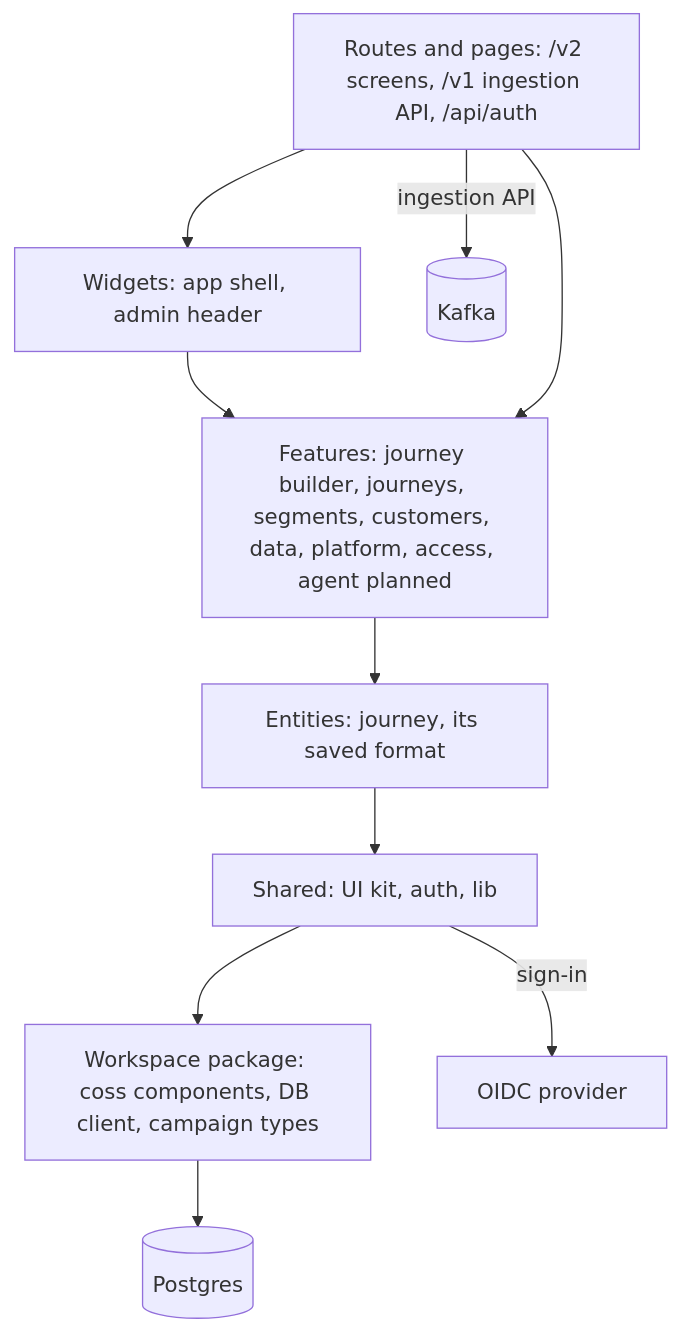
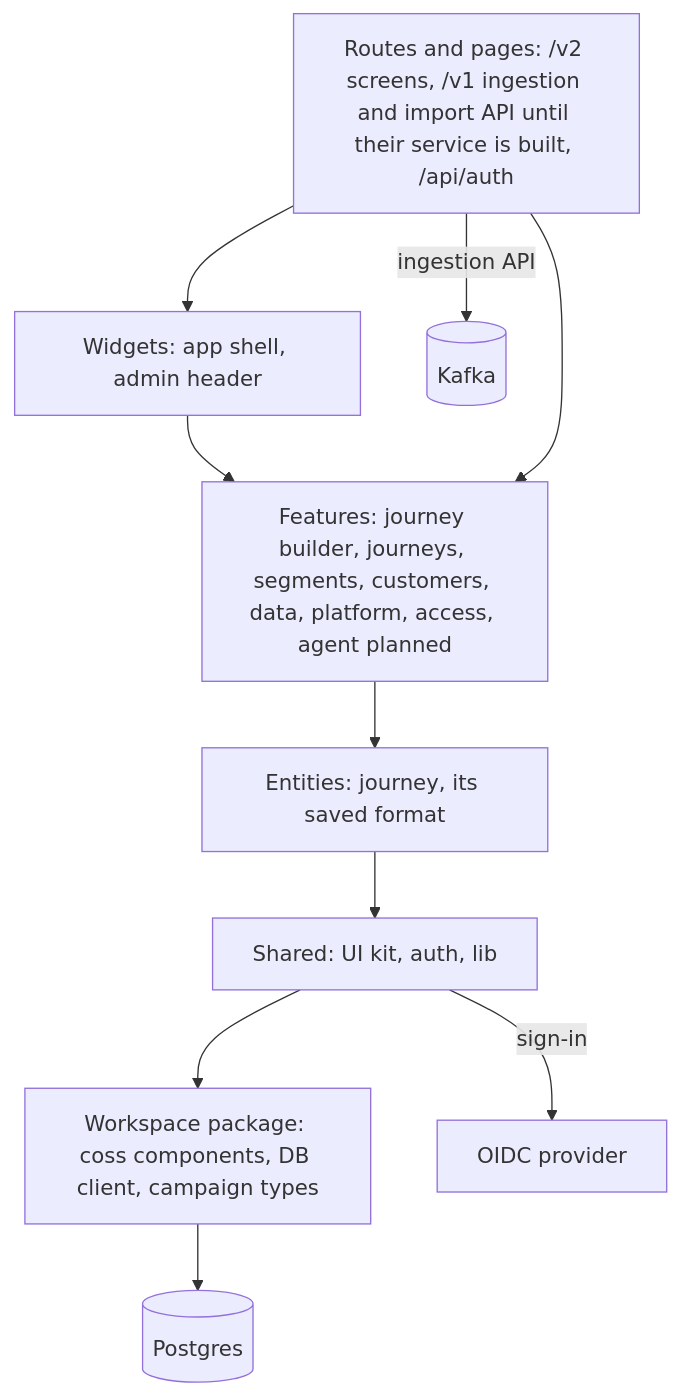
Before and after one commit to 18120158binh/salarose: the sixth of 7 diagrams in docs/internal/architecture/overview.md, drawn with Mermaid. The commit also changed other lines of this file and 46 other files, not shown here.

````diff
--- a/docs/internal/architecture/overview.md
+++ b/docs/internal/architecture/overview.md
@@ -230,17 +233,17 @@
 ```mermaid
 flowchart TB
-	routes[Routes and pages: /v2 screens, /v1 ingestion API, /api/auth]
+	routes[Routes and pages: /v2 screens, /v1 ingestion and import API until their service is built, /api/auth]
 	widgets[Widgets: app shell, admin header]
 	features[Features: journey builder, journeys, segments, customers, data, platform, access, agent planned]
 	entities[Entities: journey, its saved format]
 	sharedui[Shared: UI kit, auth, lib]
 	pkg[Workspace package: coss components, DB client, campaign types]
 	pg[(Postgres)]
 	kafka[(Kafka)]
 	idp[OIDC provider]
 	routes --> widgets --> features --> entities --> sharedui --> pkg
 	routes --> features
 	pkg --> pg
 	routes -->|ingestion API| kafka
 	sharedui -->|sign-in| idp
 ```
````
